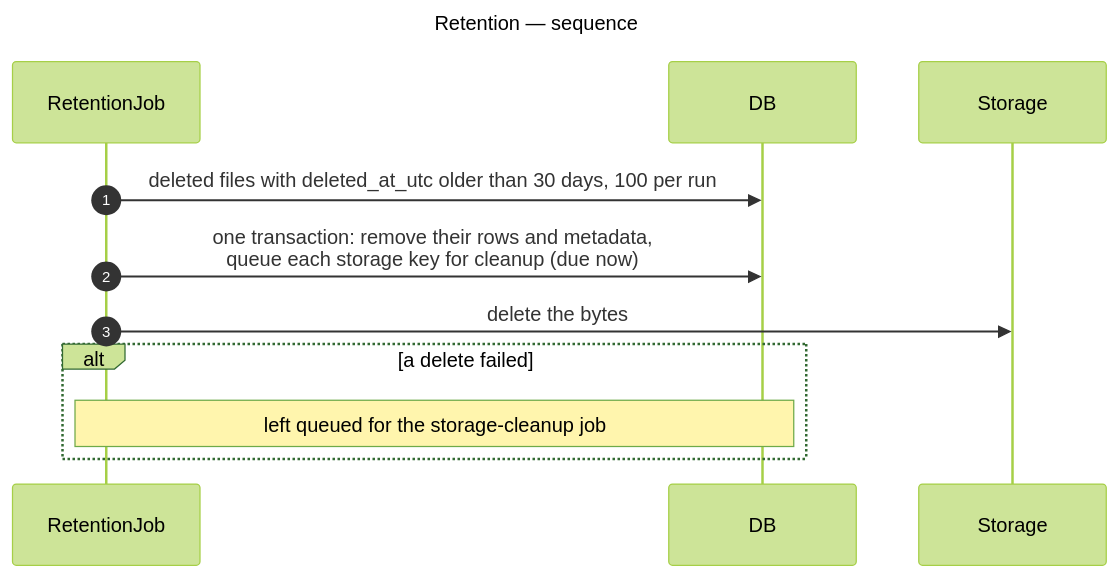
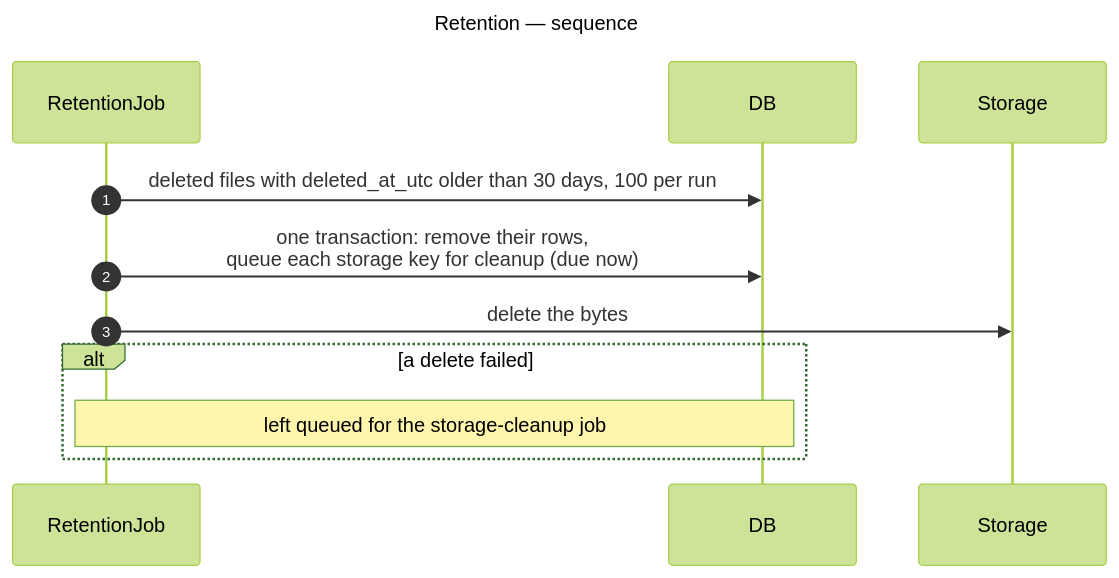
Before and after one commit to gmetskhvarishvili/GM.FileStorage.Samples: diagram 14 of 16 in docs/sequence-diagrams.md, drawn with Mermaid (forest theme). The commit also changed other lines of this file and 26 other files, not shown here.

First line of the commit message:
refactor!: tenant as a column, uploader from created_by, no metadata rows

````diff
--- a/docs/sequence-diagrams.md
+++ b/docs/sequence-diagrams.md
@@ -506,17 +506,17 @@
 ```mermaid
 ---
 title: Retention — sequence
 ---
 sequenceDiagram
     autonumber
     participant W as RetentionJob
     participant DB
     participant S as Storage
 
     W->>DB: deleted files with deleted_at_utc older than 30 days, 100 per run
-    W->>DB: one transaction: remove their rows and metadata,<br/>queue each storage key for cleanup (due now)
+    W->>DB: one transaction: remove their rows,<br/>queue each storage key for cleanup (due now)
     W->>S: delete the bytes
     alt a delete failed
         Note over W,DB: left queued for the storage-cleanup job
     end
 ```
````
